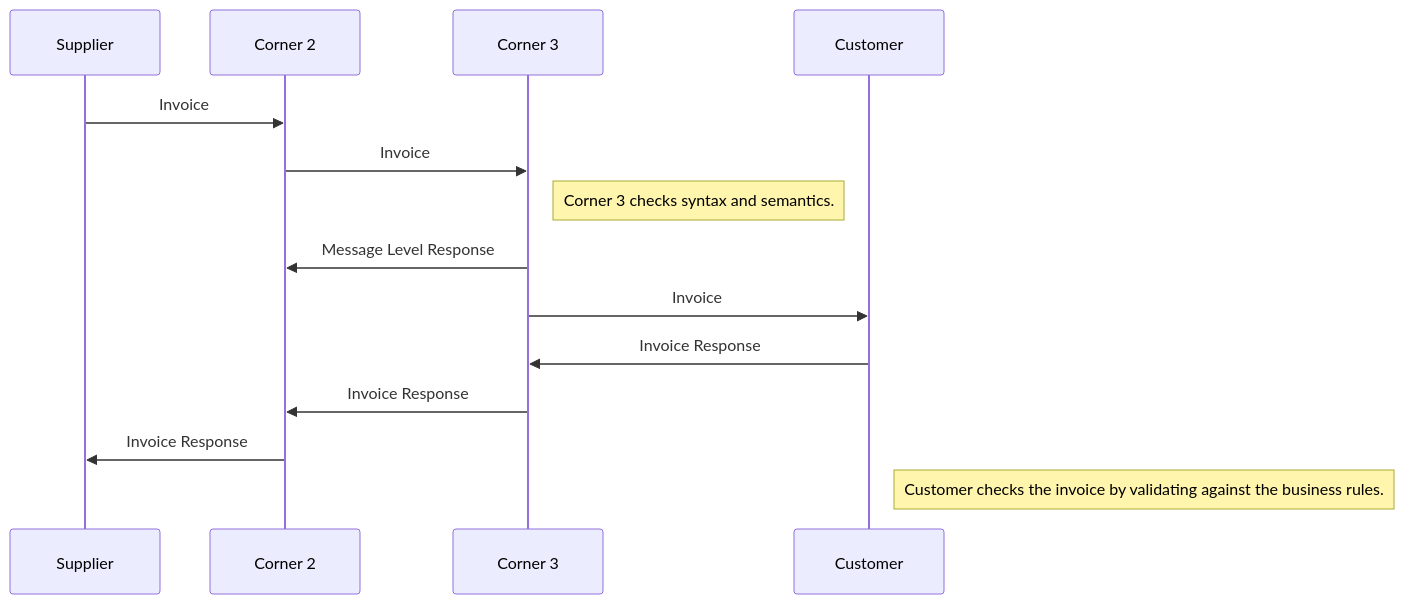
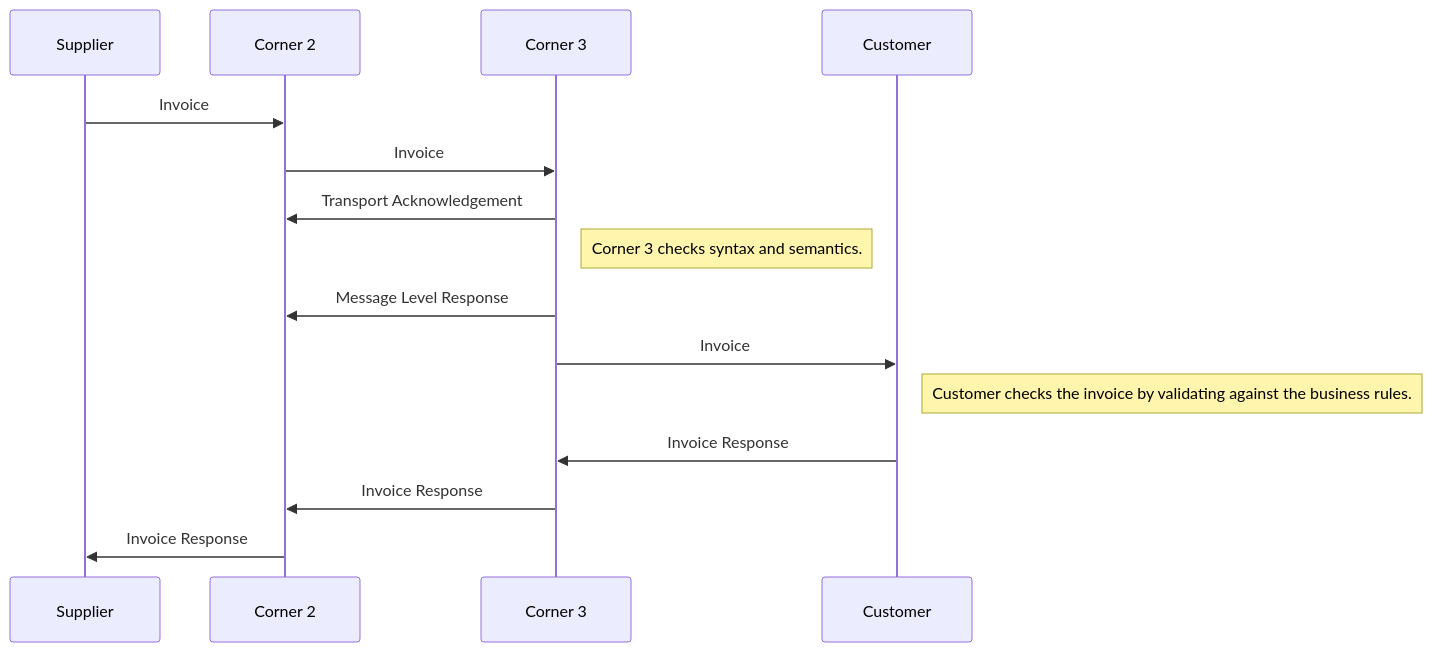
The first of 3 diagrams in Invoice_to_Payment_Process/Invoice_to_Payment_Process.md (peppolautoriteit-nl/Invoice-Processes-Draft), drawn with Mermaid before and after one commit. The commit also changed other lines of this file, not shown here.

Commit message:
Updated invoice process

````diff
--- a/Invoice_to_Payment_Process/Invoice_to_Payment_Process.md
+++ b/Invoice_to_Payment_Process/Invoice_to_Payment_Process.md
@@ -12,12 +32,14 @@
 ```mermaid
 sequenceDiagram
     Supplier ->> Corner 2: Invoice
     Corner 2 ->> Corner 3: Invoice
+    Corner 3 ->> Corner 2: Transport Acknowledgement
         Note right of Corner 3: Corner 3 checks syntax and semantics.
     Corner 3 ->> Corner 2: Message Level Response
     Corner 3 ->> Customer: Invoice
+        Note right of Customer: Customer checks the invoice by validating against the business rules.
     Customer ->> Corner 3: Invoice Response
     Corner 3 ->> Corner 2: Invoice Response
     Corner 2 ->> Supplier: Invoice Response
-        Note right of Customer: Customer checks the invoice by validating against the business rules.
+
 ```
````
